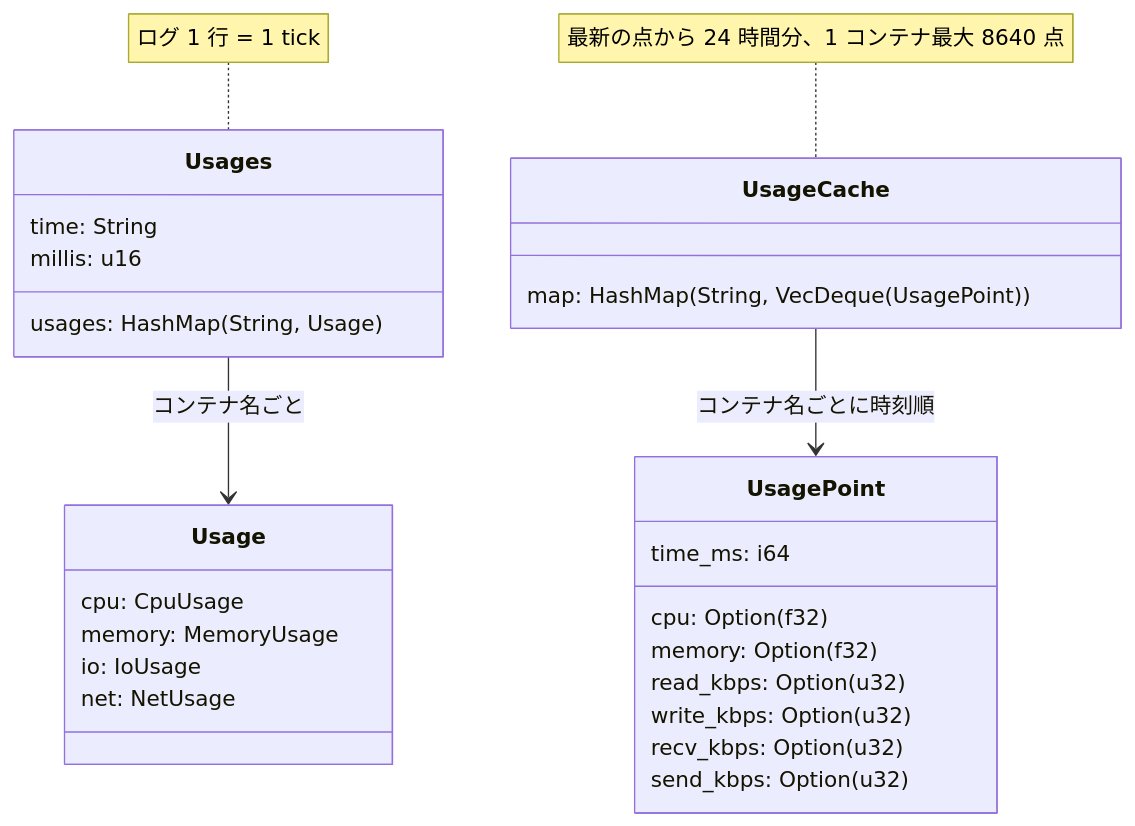
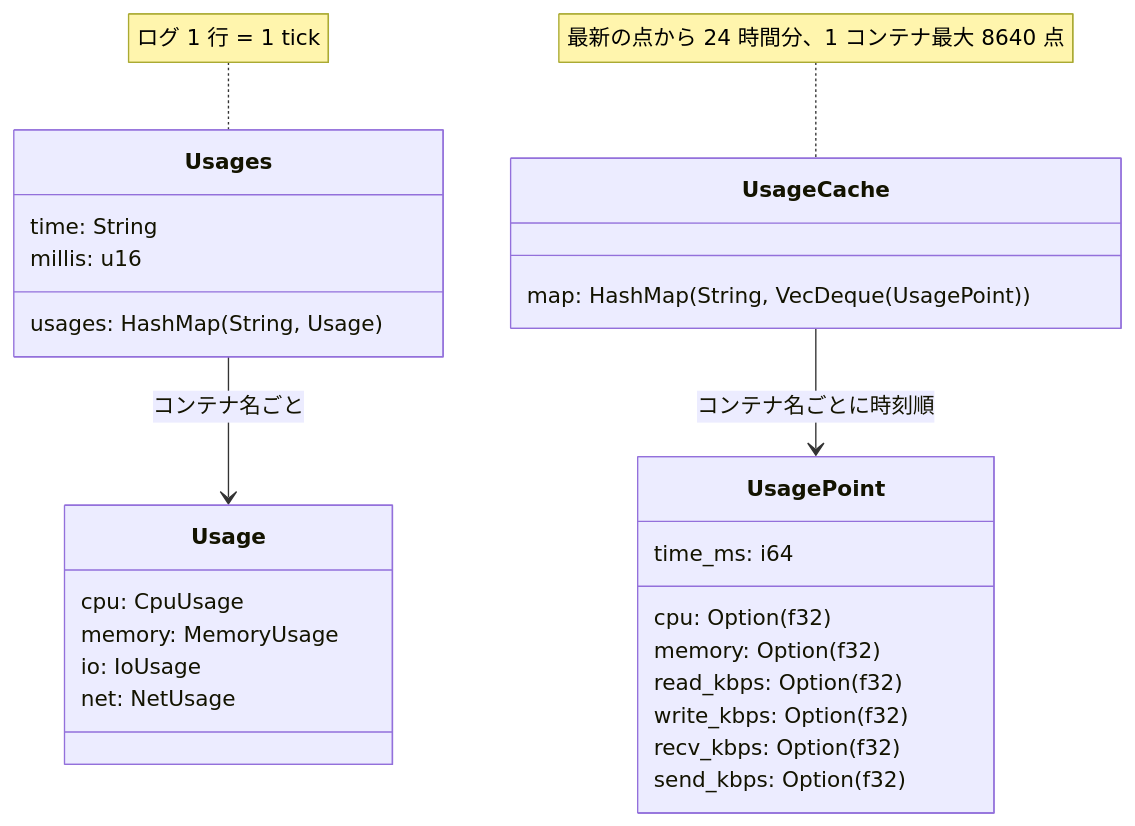
One commit to Daiius/cephylas changed the first of 2 diagrams in core/README.md. Above: the diagram before and after it, drawn with Mermaid. The commit also changed 4 other files, not shown here.

````diff
--- a/core/README.md
+++ b/core/README.md
@@ -20,30 +20,30 @@
 ```mermaid
 classDiagram
     class Usages {
         time: String
         millis: u16
         usages: HashMap(String, Usage)
     }
     class Usage {
         cpu: CpuUsage
         memory: MemoryUsage
         io: IoUsage
         net: NetUsage
     }
     class UsageCache {
         map: HashMap(String, VecDeque(UsagePoint))
     }
     class UsagePoint {
         time_ms: i64
         cpu: Option(f32)
         memory: Option(f32)
-        read_kbps: Option(u32)
-        write_kbps: Option(u32)
-        recv_kbps: Option(u32)
-        send_kbps: Option(u32)
+        read_kbps: Option(f32)
+        write_kbps: Option(f32)
+        recv_kbps: Option(f32)
+        send_kbps: Option(f32)
     }
     Usages --> Usage : コンテナ名ごと
     UsageCache --> UsagePoint : コンテナ名ごとに時刻順
     note for Usages "ログ 1 行 = 1 tick"
     note for UsageCache "最新の点から 24 時間分、1 コンテナ最大 8640 点"
 ```
````
